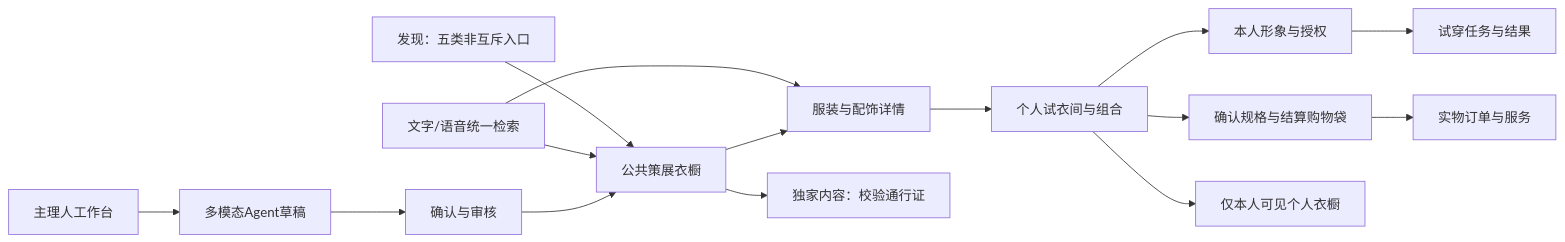
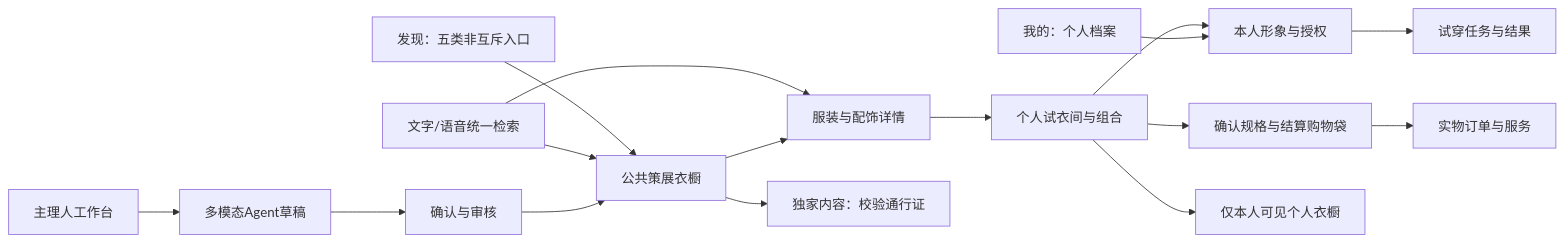
Before and after one commit to wilsonwang-mt/star-closet: the diagram in docs/PRD.md, drawn with Mermaid. The commit also changed other lines of this file and 8 other files, not shown here.

````diff
--- a/docs/PRD.md
+++ b/docs/PRD.md
@@ -100,17 +109,18 @@
 ```mermaid
 flowchart LR
  H[发现：五类非互斥入口] --> C[公共策展衣橱]
  S[文字/语音统一检索] --> C
  S --> P[服装与配饰详情]
  C --> P
  C --> E[独家内容：校验通行证]
  P --> R[个人试衣间与组合]
  R --> A[本人形象与授权]
+ M[我的：个人档案] --> A
  A --> V[试穿任务与结果]
  R --> B[确认规格与结算购物袋]
  B --> O[实物订单与服务]
  R --> W[仅本人可见个人衣橱]
  K[主理人工作台] --> D[多模态Agent草稿]
  D --> Q[确认与审核]
  Q --> C
 ```
````
